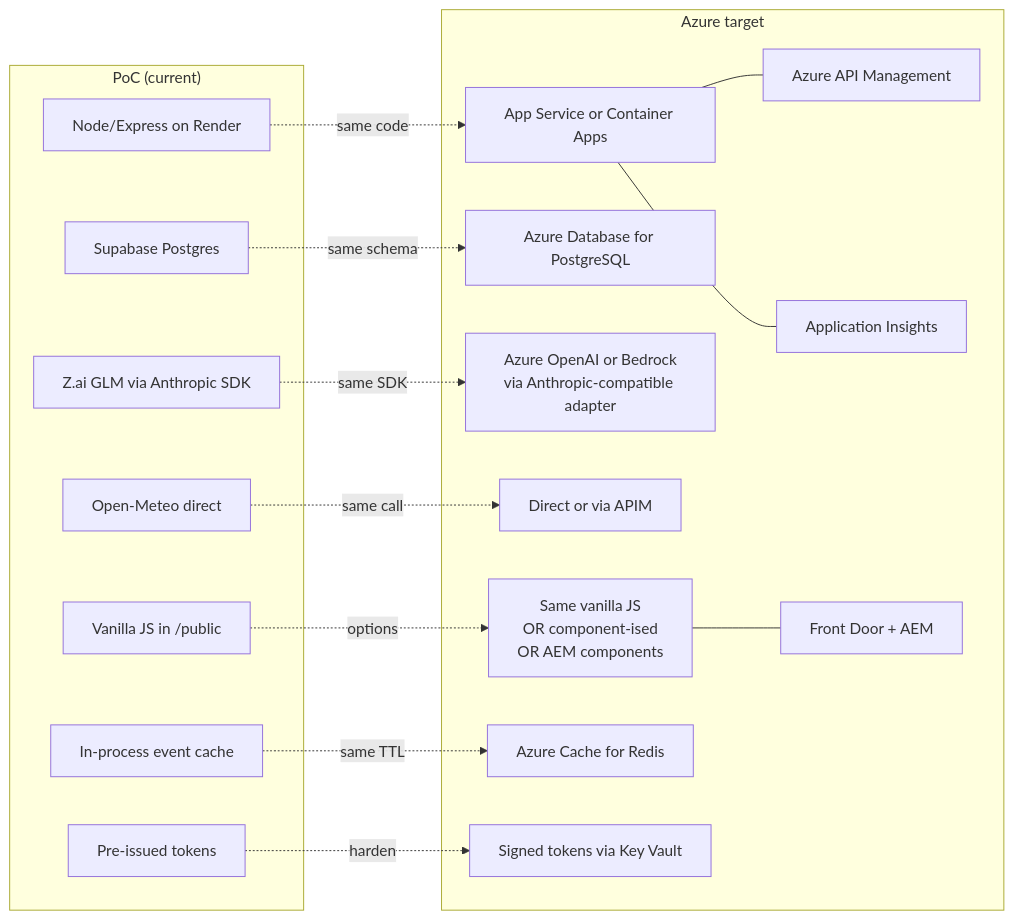
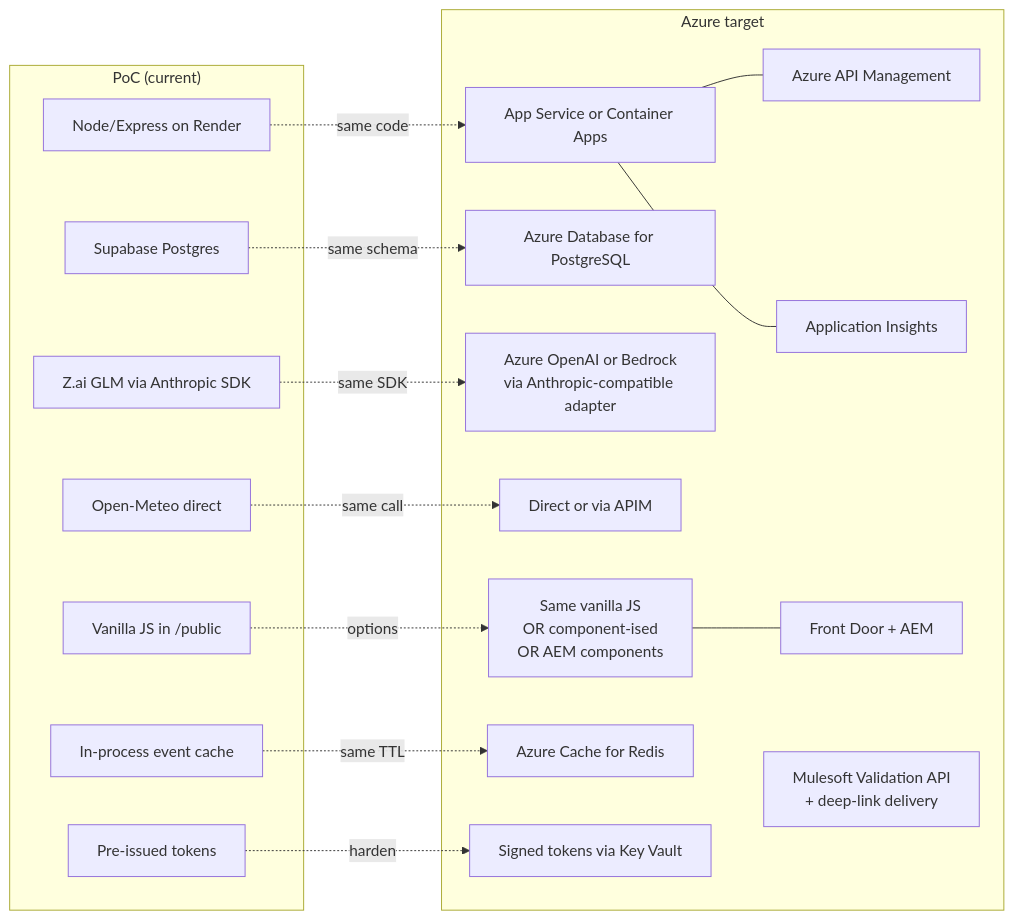
One commit to samhud1999/leisure-concierge changed the ninth of 9 diagrams in docs/PoC-Overview-for-Confluence.md. Above: the diagram before and after it, drawn with Mermaid. The commit also changed other lines of this file and 1 other file, not shown here.

First line of the commit message:
docs: callouts — validation (not auth), Mulesoft path, demo access

````diff
--- a/docs/PoC-Overview-for-Confluence.md
+++ b/docs/PoC-Overview-for-Confluence.md
@@ -424,36 +469,37 @@
 ```mermaid
 graph LR
   subgraph "PoC (current)"
     P1[Node/Express on Render]
     P2[Supabase Postgres]
     P3[Z.ai GLM via Anthropic SDK]
     P4[Open-Meteo direct]
     P5[Vanilla JS in /public]
     P6[In-process event cache]
     P7[Pre-issued tokens]
   end
 
   subgraph "Azure target"
     A1[App Service or Container Apps]
     A2[Azure Database for PostgreSQL]
     A3[Azure OpenAI or Bedrock<br/>via Anthropic-compatible adapter]
     A4[Direct or via APIM]
     A5[Same vanilla JS<br/>OR component-ised<br/>OR AEM components]
     A6[Azure Cache for Redis]
     A7[Signed tokens via Key Vault]
     A8[Azure API Management]
     A9[Application Insights]
     A10[Front Door + AEM]
+    AV[Mulesoft Validation API<br/>+ deep-link delivery]
   end
 
   P1 -.same code.-> A1
   P2 -.same schema.-> A2
   P3 -.same SDK.-> A3
   P4 -.same call.-> A4
   P5 -.options.-> A5
   P6 -.same TTL.-> A6
   P7 -.harden.-> A7
   A1 --- A8
   A1 --- A9
   A5 --- A10
 ```
````
